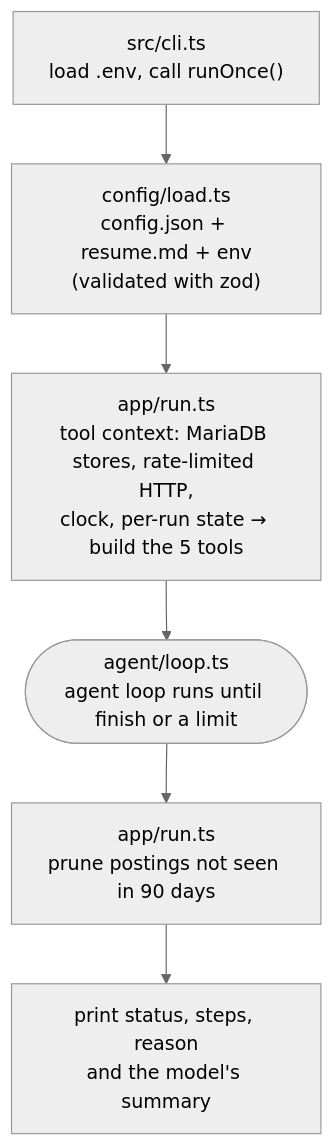
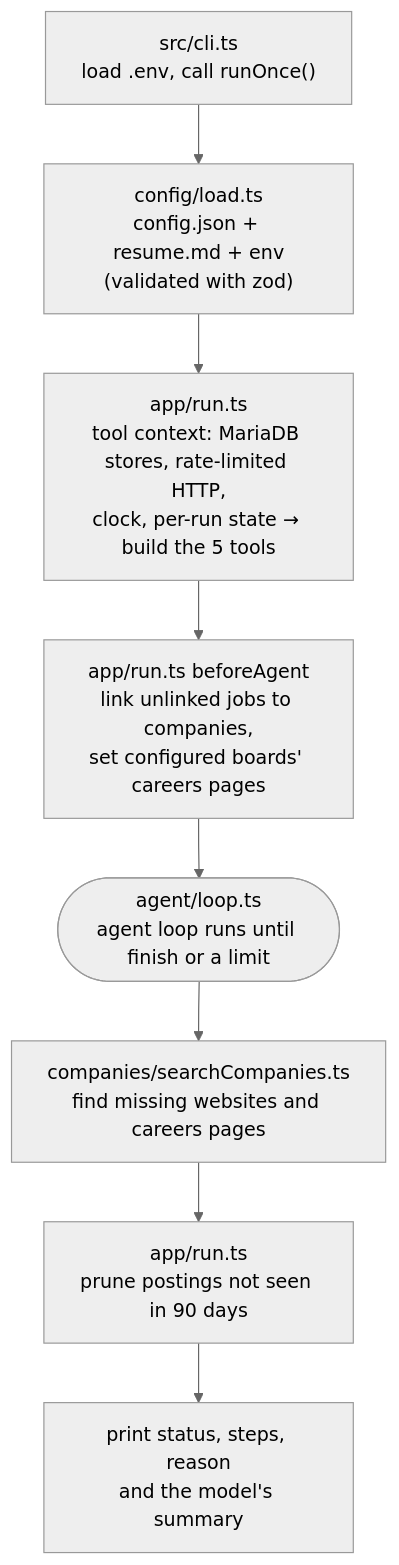
One commit to risingfish/myjobbot changed the first of 7 diagrams in README.md. Above: the diagram before and after it, drawn with Mermaid (neutral theme). The commit also changed other lines of this file and 2 other files, not shown here.

````diff
--- a/README.md
+++ b/README.md
@@ -374,9 +414,11 @@
 ```mermaid
 flowchart TD
     CLI["src/cli.ts<br/>load .env, call runOnce()"] --> CFG
     CFG["config/load.ts<br/>config.json + resume.md + env<br/>(validated with zod)"] --> CTX
-    CTX["app/run.ts<br/>tool context: MariaDB stores, rate-limited HTTP,<br/>clock, per-run state → build the 5 tools"] --> LOOP
-    LOOP(["agent/loop.ts<br/>agent loop runs until finish or a limit"]) --> PRUNE
+    CTX["app/run.ts<br/>tool context: MariaDB stores, rate-limited HTTP,<br/>clock, per-run state → build the 5 tools"] --> LINK
+    LINK["app/run.ts beforeAgent<br/>link unlinked jobs to companies,<br/>set configured boards' careers pages"] --> LOOP
+    LOOP(["agent/loop.ts<br/>agent loop runs until finish or a limit"]) --> SEARCH
+    SEARCH["companies/searchCompanies.ts<br/>find missing websites and careers pages"] --> PRUNE
     PRUNE["app/run.ts<br/>prune postings not seen in 90 days"] --> OUT
     OUT["print status, steps, reason<br/>and the model's summary"]
 ```
````
